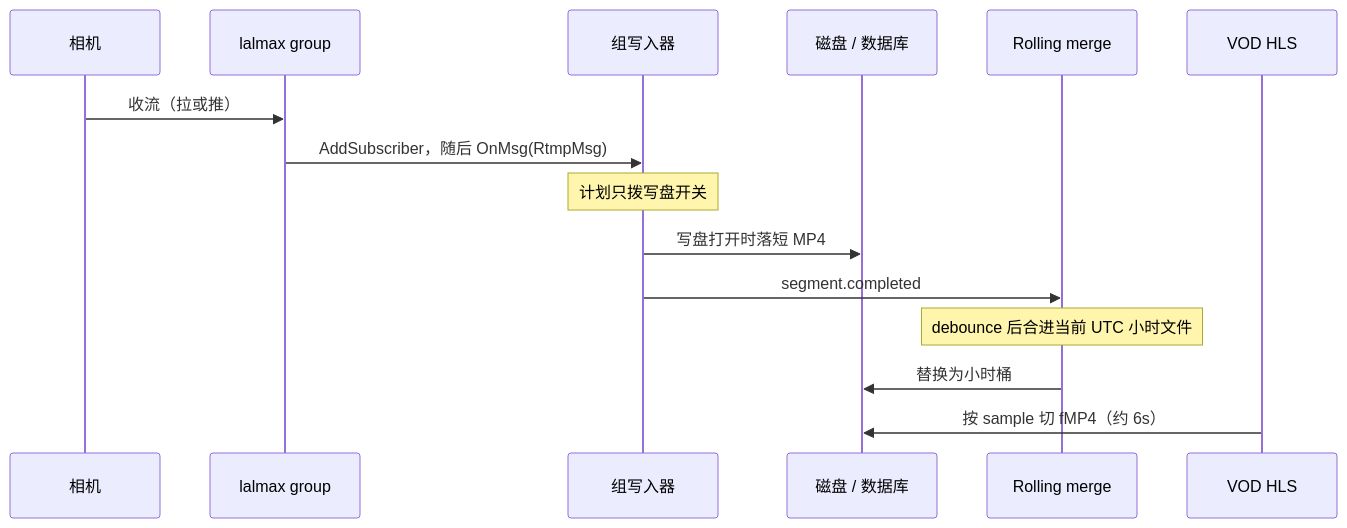
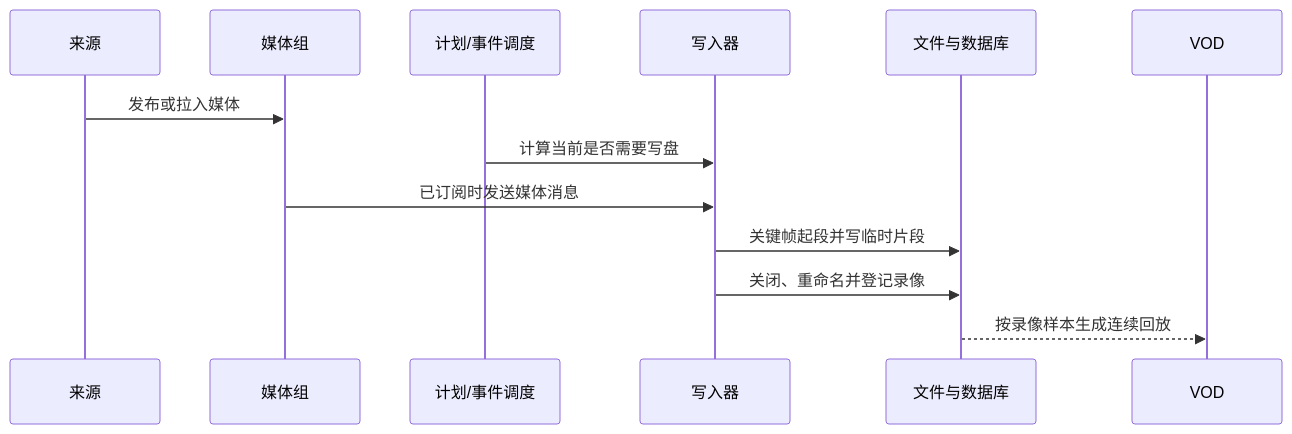
One commit to lalmax-pro/lalmax-nvr changed the second of 2 diagrams in docs/zh/architecture.md. Above: the diagram before and after it, drawn with Mermaid. The commit also changed other lines of this file and 30 other files, not shown here.

````diff
--- a/docs/zh/architecture.md
+++ b/docs/zh/architecture.md
@@ -174,18 +114,16 @@
 ```mermaid
 sequenceDiagram
-  participant Cam as 相机
-  participant Group as lalmax group
-  participant Rec as 组写入器
-  participant Disk as 磁盘 / 数据库
-  participant Roll as Rolling merge
-  participant VOD as VOD HLS
+  participant Src as 来源
+  participant G as 媒体组
+  participant P as 计划/事件调度
+  participant R as 写入器
+  participant S as 文件与数据库
+  participant V as VOD
 
-  Cam->>Group: 收流（拉或推）
-  Group->>Rec: AddSubscriber，随后 OnMsg(RtmpMsg)
-  Note over Rec: 计划只拨写盘开关
-  Rec->>Disk: 写盘打开时落短 MP4
-  Rec->>Roll: segment.completed
-  Note over Roll: debounce 后合进当前 UTC 小时文件
-  Roll->>Disk: 替换为小时桶
-  VOD->>Disk: 按 sample 切 fMP4（约 6s）
+  Src->>G: 发布或拉入媒体
+  P->>R: 计算当前是否需要写盘
+  G->>R: 已订阅时发送媒体消息
+  R->>S: 关键帧起段并写临时片段
+  R->>S: 关闭、重命名并登记录像
+  S-->>V: 按录像样本生成连续回放
 ```
````
